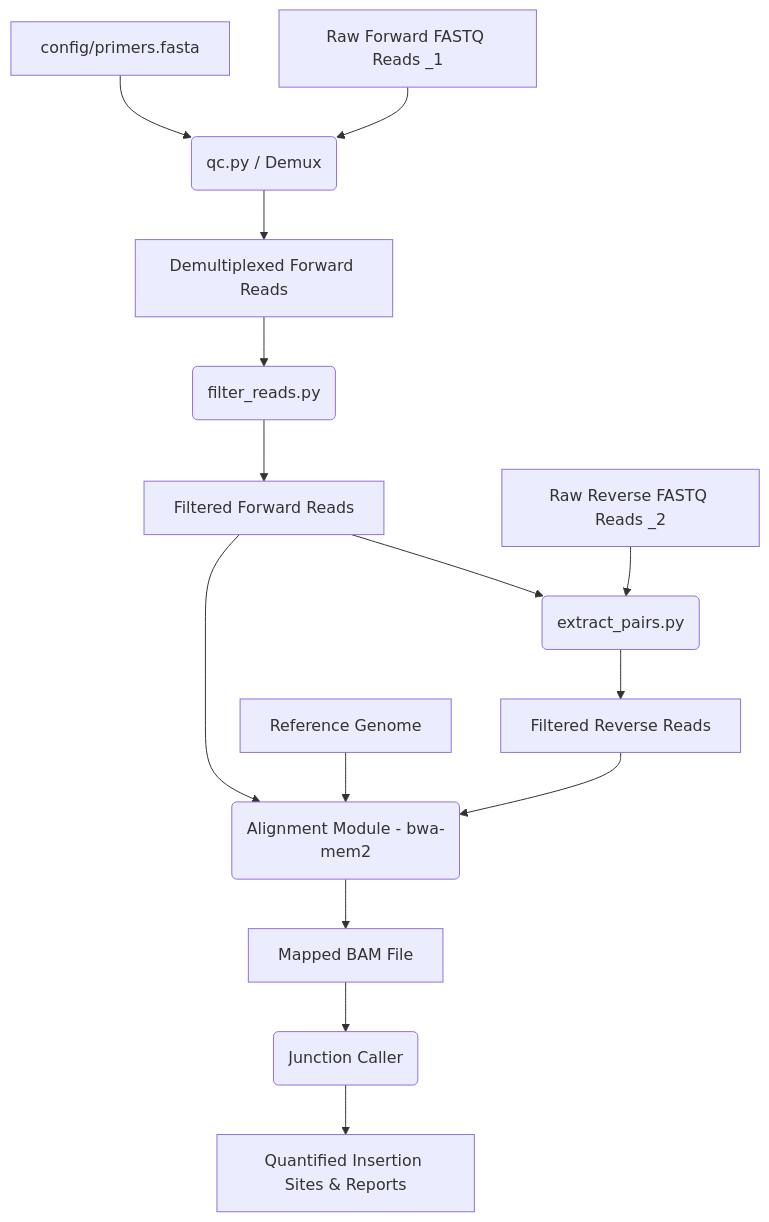
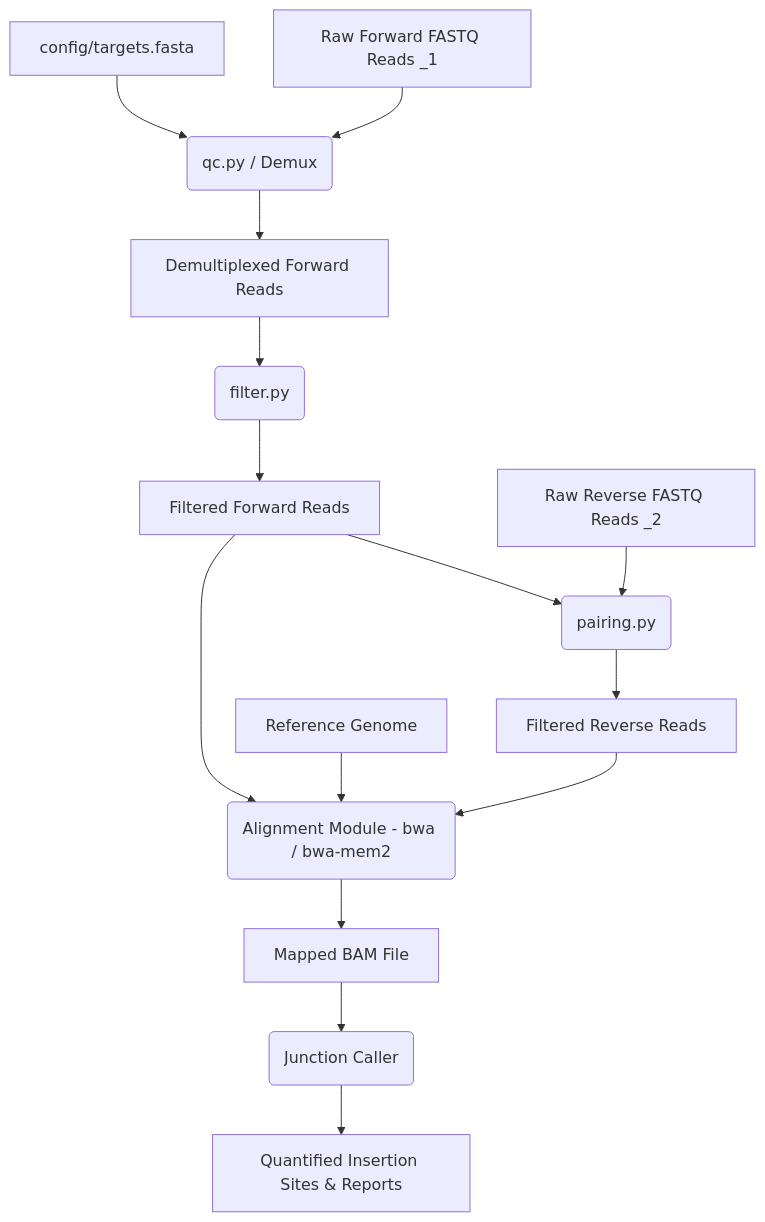
Before and after one commit to molepi-oucru/islan: the diagram in .context/architecture.md, drawn with Mermaid. The commit also changed other lines of this file and 6 other files, not shown here.

````diff
--- a/.context/architecture.md
+++ b/.context/architecture.md
@@ -7,19 +7,19 @@
 ```mermaid
 graph TD
     A1[Raw Forward FASTQ Reads _1] --> B(qc.py / Demux)
-    C[config/primers.fasta] --> B
+    C[config/targets.fasta] --> B
     B --> D[Demultiplexed Forward Reads]
-    D --> B1(filter_reads.py)
+    D --> B1(filter.py)
     B1 --> D2[Filtered Forward Reads]
     
-    A2[Raw Reverse FASTQ Reads _2] --> B2(extract_pairs.py)
+    A2[Raw Reverse FASTQ Reads _2] --> B2(pairing.py)
     D2 --> B2
     B2 --> D3[Filtered Reverse Reads]
     
-    D2 --> E(Alignment Module - bwa-mem2)
+    D2 --> E(Alignment Module - bwa / bwa-mem2)
     D3 --> E
     F[Reference Genome] --> E
     E --> G[Mapped BAM File]
     G --> H(Junction Caller)
     H --> I[Quantified Insertion Sites & Reports]
 ```
````
